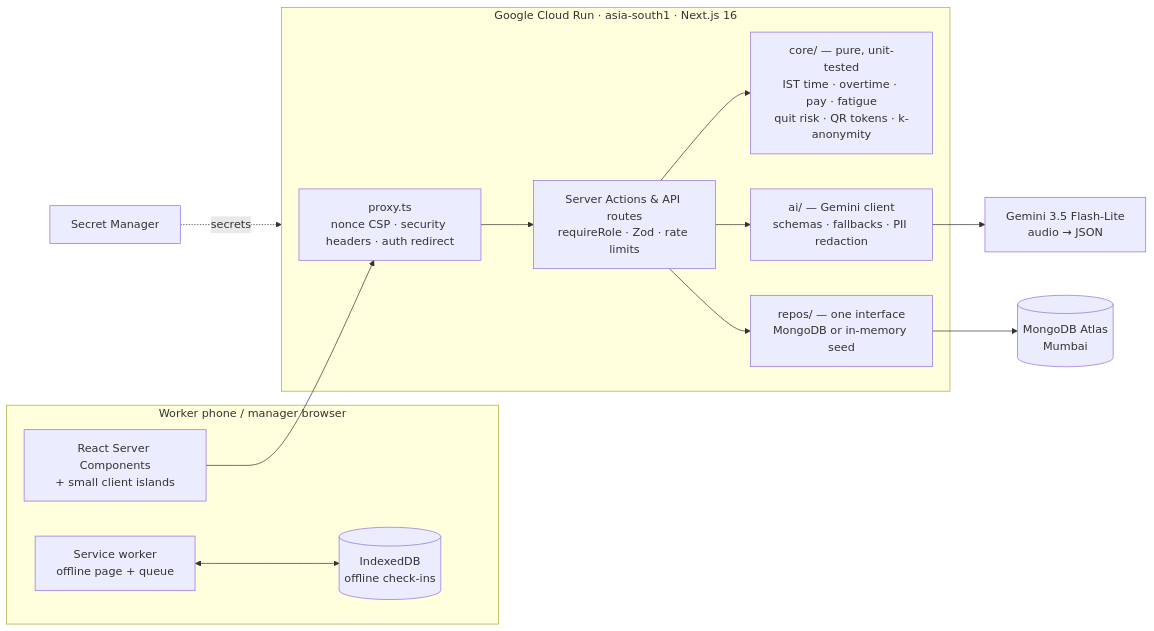
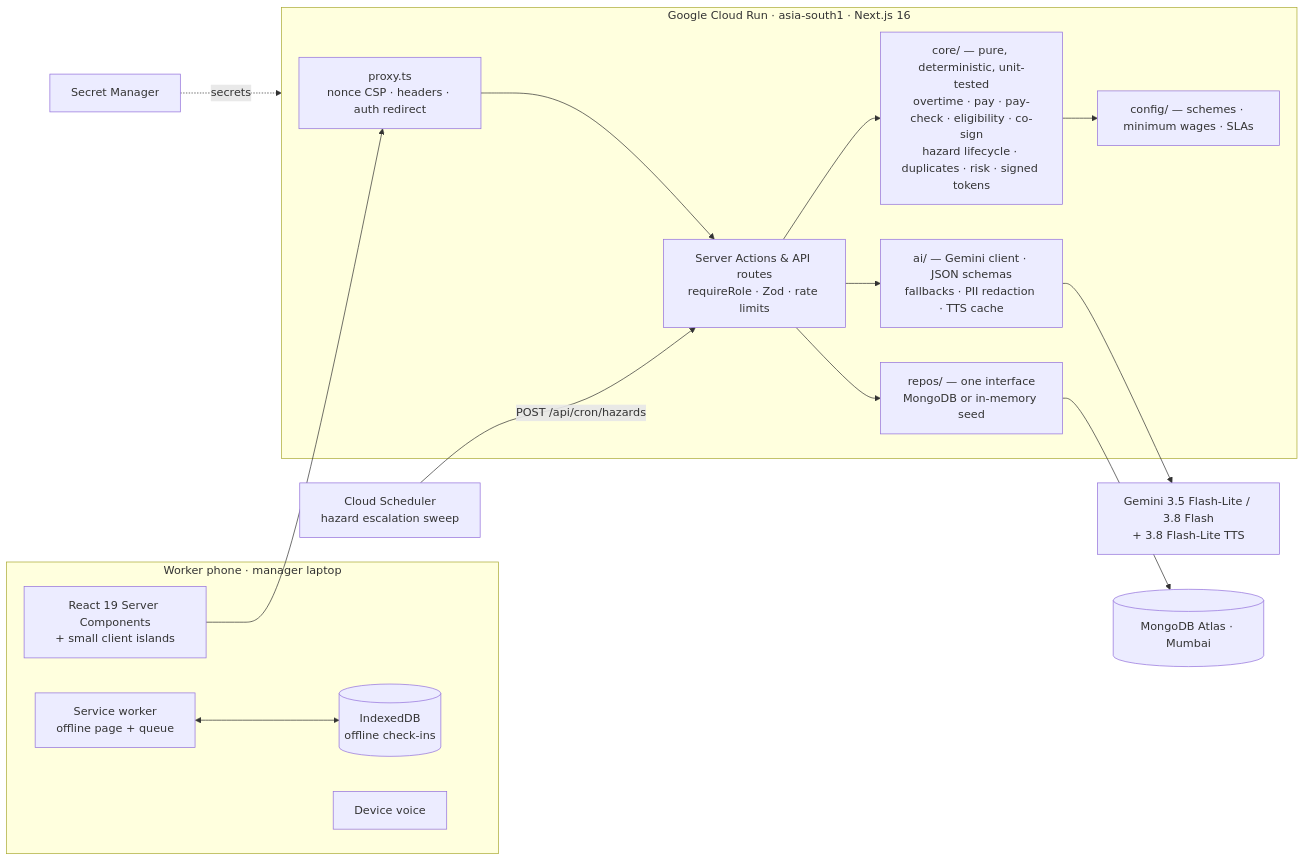
The diagram in README.md (amanmaskara04/fairshift), drawn with Mermaid before and after one commit. The commit also changed other lines of this file and 2 other files, not shown here.

Commit message:
docs: README with pain point→feature→file map, architecture, privacy design, evaluation evidence, Cloud Run deploy; judge demo script; security policy

````diff
--- a/README.md
+++ b/README.md
@@ -77,27 +66,32 @@
 ```mermaid
 flowchart LR
-    subgraph Client["Worker phone / manager browser"]
-        UI[React Server Components<br/>+ small client islands]
-        SW[Service worker<br/>offline page + queue]
-        IDB[(IndexedDB<br/>offline check-ins)]
+    subgraph Phone["Worker phone · manager laptop"]
+        UI["React 19 Server Components<br/>+ small client islands"]
+        SW["Service worker<br/>offline page + queue"]
+        IDB[("IndexedDB<br/>offline check-ins")]
+        TTS1["Device voice"]
     end
 
     subgraph Run["Google Cloud Run · asia-south1 · Next.js 16"]
-        PX[proxy.ts<br/>nonce CSP · security headers · auth redirect]
-        SA[Server Actions & API routes<br/>requireRole · Zod · rate limits]
-        CORE[core/ — pure, unit-tested<br/>IST time · overtime · pay · fatigue<br/>quit risk · QR tokens · k-anonymity]
-        AI[ai/ — Gemini client<br/>schemas · fallbacks · PII redaction]
-        REPO[repos/ — one interface<br/>MongoDB or in-memory seed]
+        PX["proxy.ts<br/>nonce CSP · headers · auth redirect"]
+        SA["Server Actions & API routes<br/>requireRole · Zod · rate limits"]
+        CORE["core/ — pure, deterministic, unit-tested<br/>overtime · pay · pay-check · eligibility · co-sign<br/>hazard lifecycle · duplicates · risk · signed tokens"]
+        CFG["config/ — schemes · minimum wages · SLAs"]
+        AI["ai/ — Gemini client · JSON schemas<br/>fallbacks · PII redaction · TTS cache"]
+        REPO["repos/ — one interface<br/>MongoDB or in-memory seed"]
     end
 
-    GEM[Gemini 3.5 Flash-Lite<br/>audio → JSON]
-    DB[(MongoDB Atlas<br/>Mumbai)]
-    SM[Secret Manager]
+    GEM["Gemini 3.5 Flash-Lite / 3.8 Flash<br/>+ 3.8 Flash-Lite TTS"]
+    DB[("MongoDB Atlas · Mumbai")]
+    SM["Secret Manager"]
+    SCH["Cloud Scheduler<br/>hazard escalation sweep"]
 
     UI --> PX --> SA
     SW <--> IDB
     SA --> CORE
+    CORE --> CFG
     SA --> AI --> GEM
     SA --> REPO --> DB
     SM -. secrets .-> Run
+    SCH -- "POST /api/cron/hazards" --> SA
 ```
````
